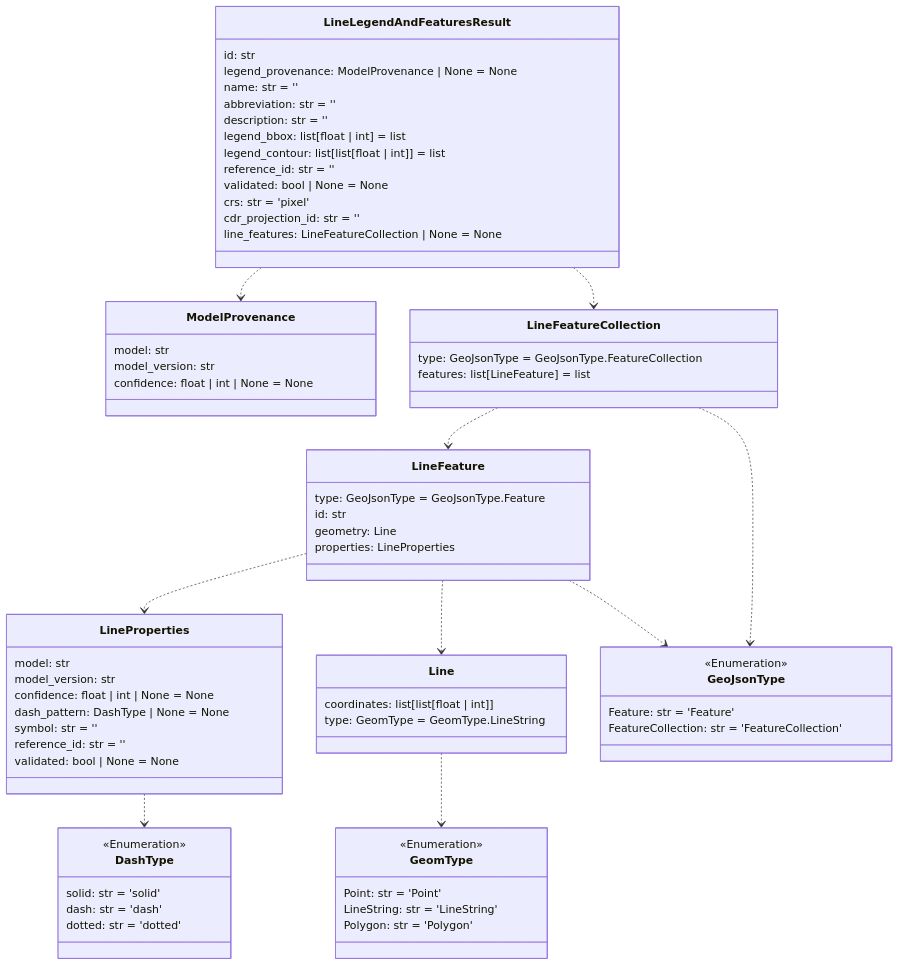
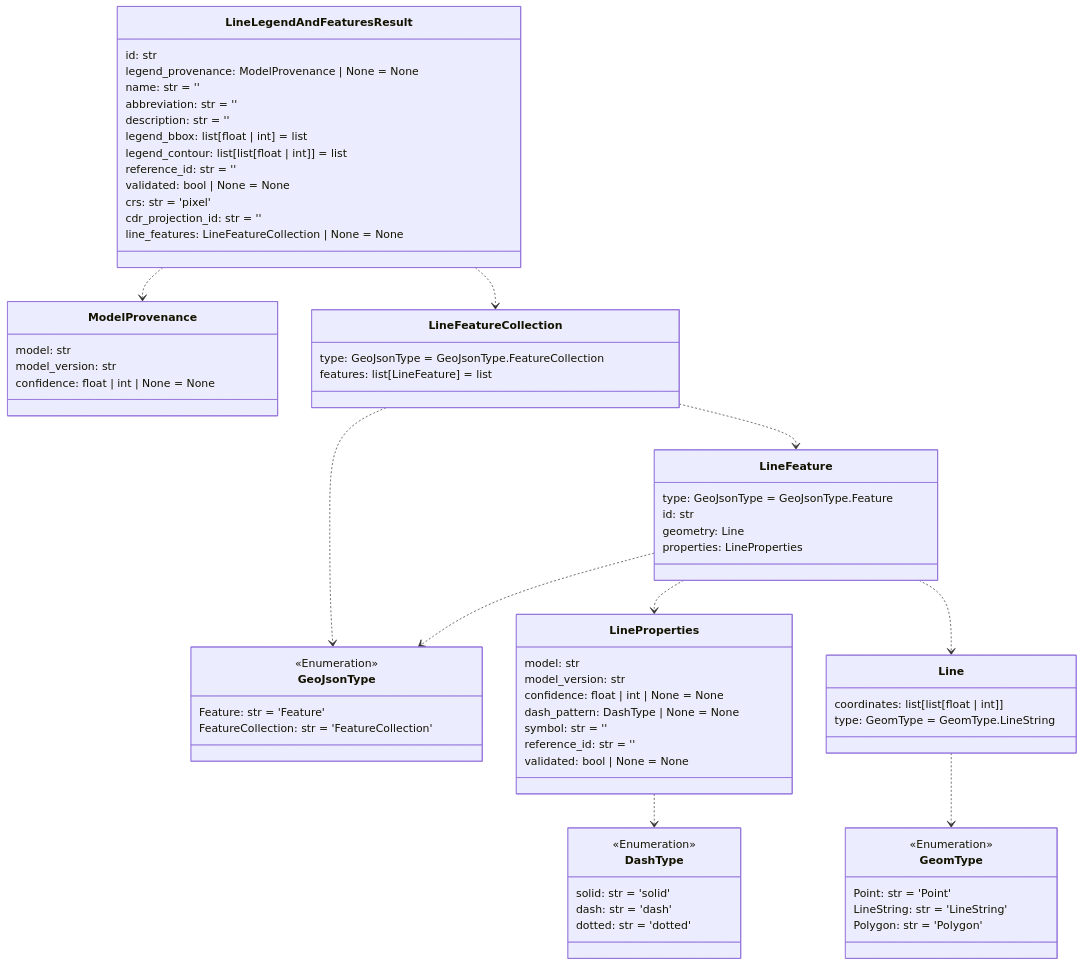
One commit to DARPA-CRITICALMAAS/cdr_schemas changed the sixth of 14 diagrams in README.md. Above: the diagram before and after it, drawn with Mermaid. The commit also changed other lines of this file and 3 other files, not shown here.

````diff
--- a/README.md
+++ b/README.md
@@ -452,83 +452,83 @@
 ```mermaid
 classDiagram
-
-    class GeomType {
-        <<Enumeration>>
-        Point: str = 'Point'
-        LineString: str = 'LineString'
-        Polygon: str = 'Polygon'
-    }
-
-    class LineProperties {
-        model: str
-        model_version: str
-        confidence: float | int | None = None
-        dash_pattern: DashType | None = None
-        symbol: str = ''
-        reference_id: str = ''
-        validated: bool | None = None
-    }
-
-    class ModelProvenance {
-        model: str
-        model_version: str
-        confidence: float | int | None = None
-    }
-
-    class DashType {
-        <<Enumeration>>
-        solid: str = 'solid'
-        dash: str = 'dash'
-        dotted: str = 'dotted'
-    }
 
     class LineLegendAndFeaturesResult {
         id: str
         legend_provenance: ModelProvenance | None = None
         name: str = ''
         abbreviation: str = ''
         description: str = ''
         legend_bbox: list[float | int] = list
         legend_contour: list[list[float | int]] = list
         reference_id: str = ''
         validated: bool | None = None
         crs: str = 'pixel'
         cdr_projection_id: str = ''
         line_features: LineFeatureCollection | None = None
     }
 
+    class GeoJsonType {
+        <<Enumeration>>
+        Feature: str = 'Feature'
+        FeatureCollection: str = 'FeatureCollection'
+    }
+
+    class LineProperties {
+        model: str
+        model_version: str
+        confidence: float | int | None = None
+        dash_pattern: DashType | None = None
+        symbol: str = ''
+        reference_id: str = ''
+        validated: bool | None = None
+    }
+
+    class GeomType {
+        <<Enumeration>>
+        Point: str = 'Point'
+        LineString: str = 'LineString'
+        Polygon: str = 'Polygon'
+    }
+
+    class Line {
+        coordinates: list[list[float | int]]
+        type: GeomType = GeomType.LineString
+    }
+
     class LineFeature {
         type: GeoJsonType = GeoJsonType.Feature
         id: str
         geometry: Line
         properties: LineProperties
     }
 
-    class Line {
-        coordinates: list[list[float | int]]
-        type: GeomType = GeomType.LineString
+    class ModelProvenance {
+        model: str
+        model_version: str
+        confidence: float | int | None = None
+    }
+
+    class DashType {
+        <<Enumeration>>
+        solid: str = 'solid'
+        dash: str = 'dash'
+        dotted: str = 'dotted'
     }
 
     class LineFeatureCollection {
         type: GeoJsonType = GeoJsonType.FeatureCollection
         features: list[LineFeature] = list
-    }
-
-    class GeoJsonType {
-        <<Enumeration>>
-        Feature: str = 'Feature'
-        FeatureCollection: str = 'FeatureCollection'
     }
 
     Line ..> GeomType
     LineProperties ..> DashType
     LineFeature ..> LineProperties
     LineFeature ..> GeoJsonType
     LineFeature ..> Line
     LineFeatureCollection ..> LineFeature
     LineFeatureCollection ..> GeoJsonType
     LineLegendAndFeaturesResult ..> LineFeatureCollection
     LineLegendAndFeaturesResult ..> ModelProvenance
 
 
 ```
````
